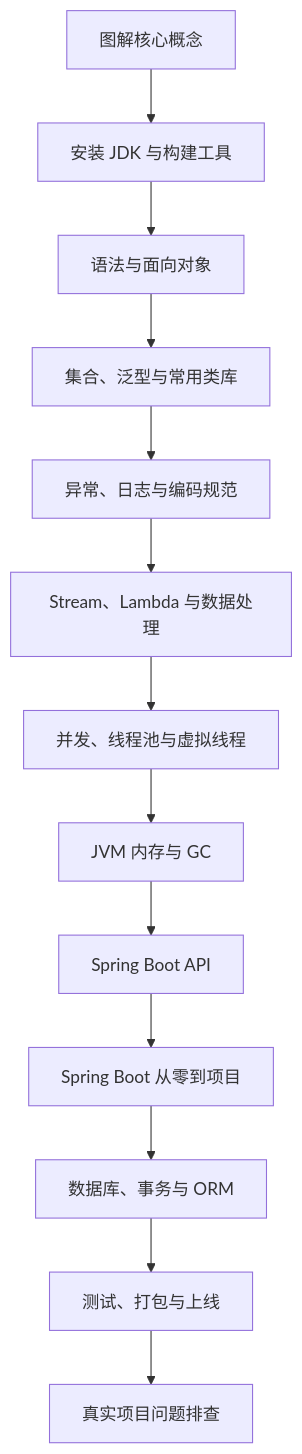
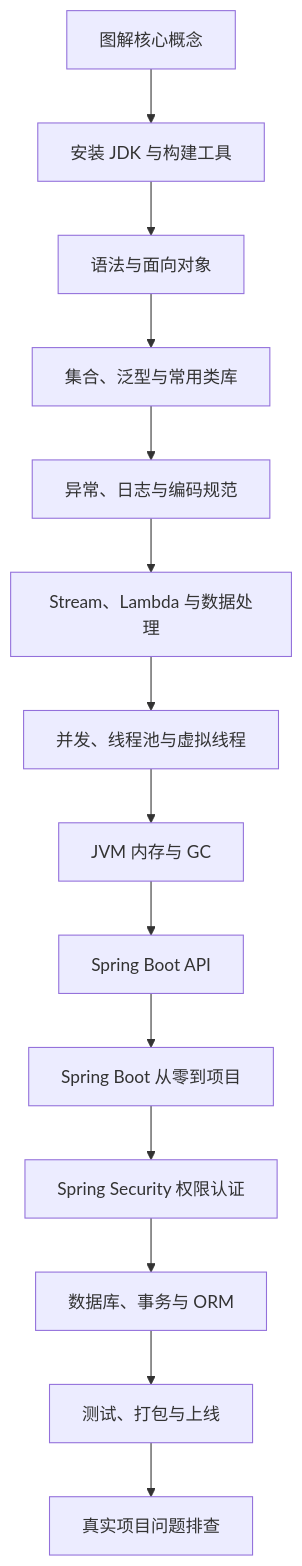
The first of 2 diagrams in docs/java/introduction.md (yokry-he/yok-study-web), drawn with Mermaid before and after one commit. The commit also changed other lines of this file and 5 other files, not shown here.

Commit message:
docs: add spring security permission guide

````diff
--- a/docs/java/introduction.md
+++ b/docs/java/introduction.md
@@ -26,15 +26,16 @@
 ```mermaid
 flowchart TD
   A[图解核心概念] --> B[安装 JDK 与构建工具]
   B --> C[语法与面向对象]
   C --> D[集合、泛型与常用类库]
   D --> E[异常、日志与编码规范]
   E --> F[Stream、Lambda 与数据处理]
   F --> G[并发、线程池与虚拟线程]
   G --> H[JVM 内存与 GC]
   H --> I[Spring Boot API]
   I --> J[Spring Boot 从零到项目]
-  J --> K[数据库、事务与 ORM]
-  K --> L[测试、打包与上线]
-  L --> M[真实项目问题排查]
+  J --> K[Spring Security 权限认证]
+  K --> L[数据库、事务与 ORM]
+  L --> M[测试、打包与上线]
+  M --> N[真实项目问题排查]
 ```
````
